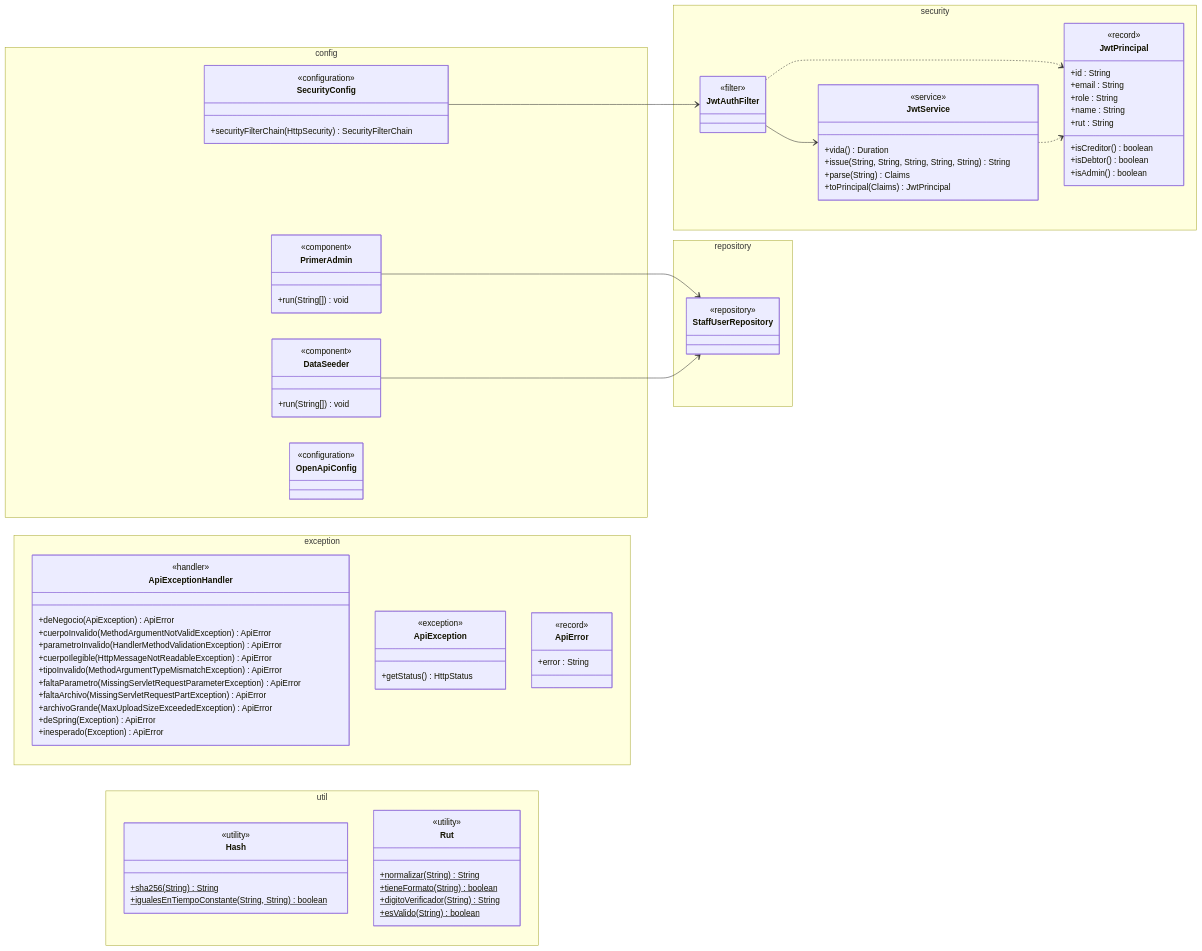
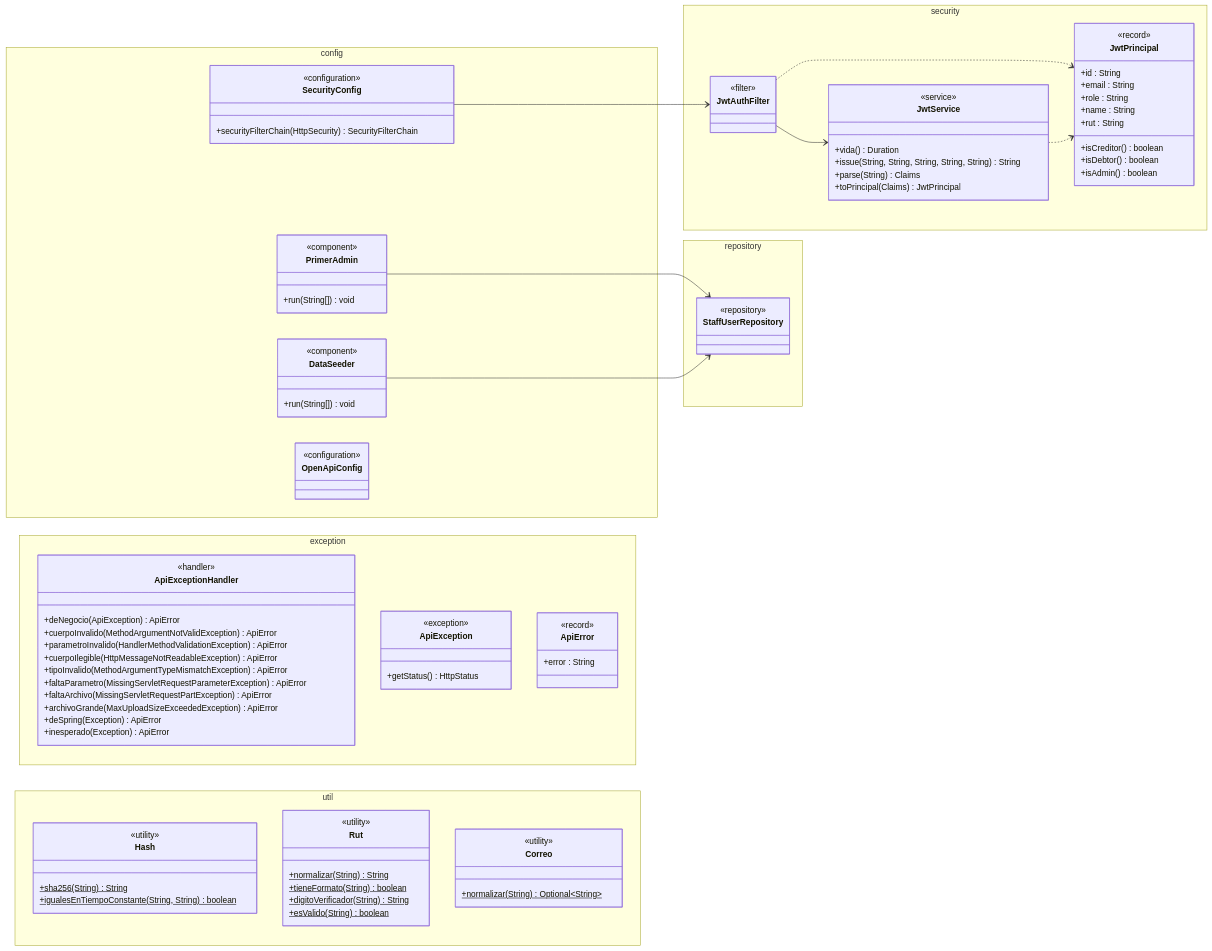
The fourth of 17 diagrams in docs/diagramas/clases.md (TechnicalBridge/DataBridge), drawn with Mermaid before and after one commit. The commit also changed other lines of this file and 62 other files, not shown here.

```diff
--- a/docs/diagramas/clases.md
+++ b/docs/diagramas/clases.md
@@ -443,6 +513,10 @@
             +digitoVerificador(String)$ String
             +esValido(String)$ boolean
         }
+        class Correo {
+            <<utility>>
+            +normalizar(String)$ Optional~String~
+        }
     }
     namespace repository {
         class StaffUserRepository {
```
